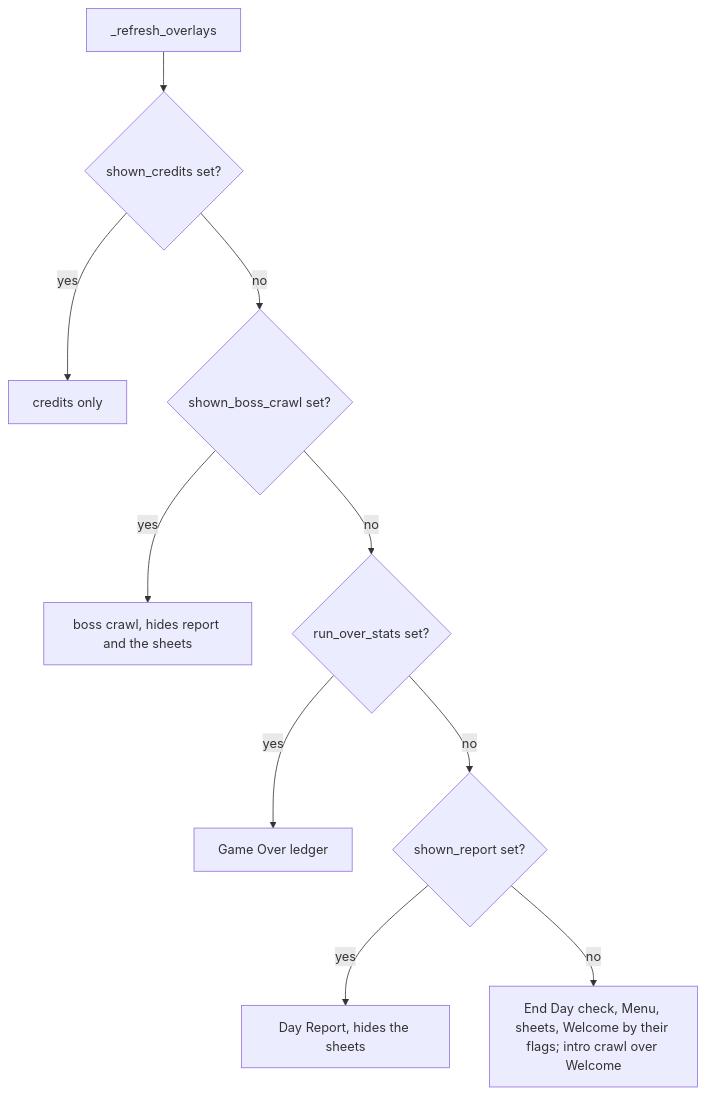
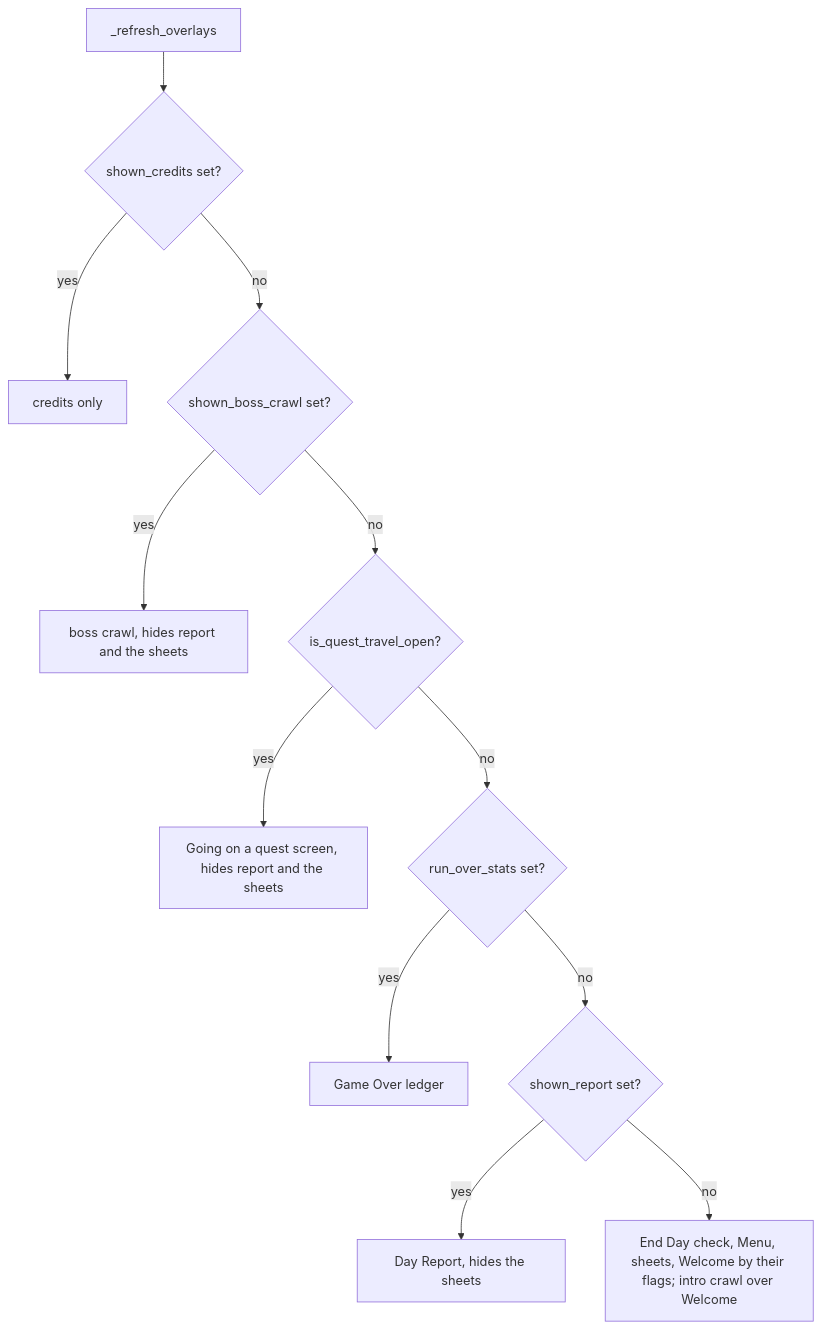
The fourth of 4 diagrams in Docs/vault/Systems/UI Architecture and Refresh.md (ActuallySanta/Fantasy-Guild-Manager), drawn with Mermaid before and after one commit. The commit also changed other lines of this file and 15 other files, not shown here.

Commit message:
docs: vault pass for the Going on a quest screen

````diff
--- a/Docs/vault/Systems/UI Architecture and Refresh.md
+++ b/Docs/vault/Systems/UI Architecture and Refresh.md
@@ -81,12 +81,14 @@
 ```mermaid
 flowchart TD
   O["_refresh_overlays"] --> A{"shown_credits set?"}
   A -- yes --> B["credits only"]
   A -- no --> C{"shown_boss_crawl set?"}
   C -- yes --> D["boss crawl, hides report and the sheets"]
-  C -- no --> E{"run_over_stats set?"}
+  C -- no --> Q{"is_quest_travel_open?"}
+  Q -- yes --> R["Going on a quest screen, hides report and the sheets"]
+  Q -- no --> E{"run_over_stats set?"}
   E -- yes --> F["Game Over ledger"]
   E -- no --> G{"shown_report set?"}
   G -- yes --> H["Day Report, hides the sheets"]
   G -- no --> I["End Day check, Menu, sheets, Welcome by their flags; intro crawl over Welcome"]
 ```
````
